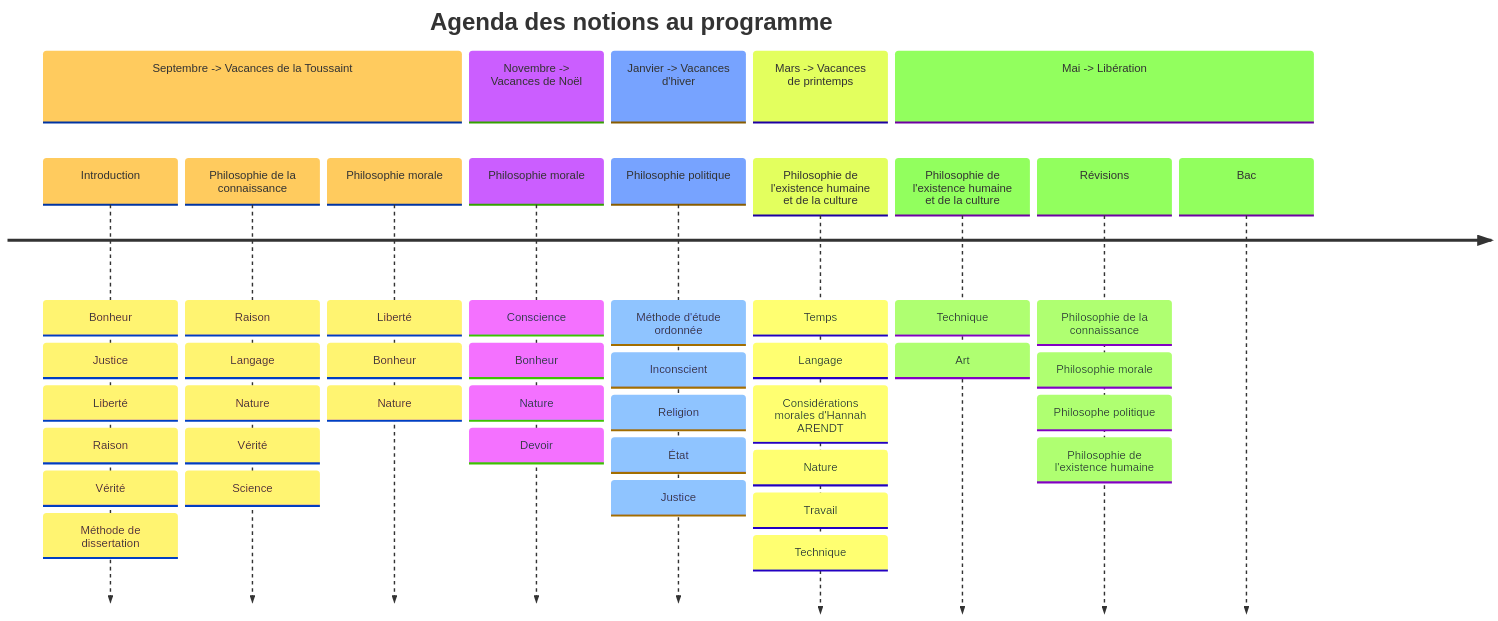
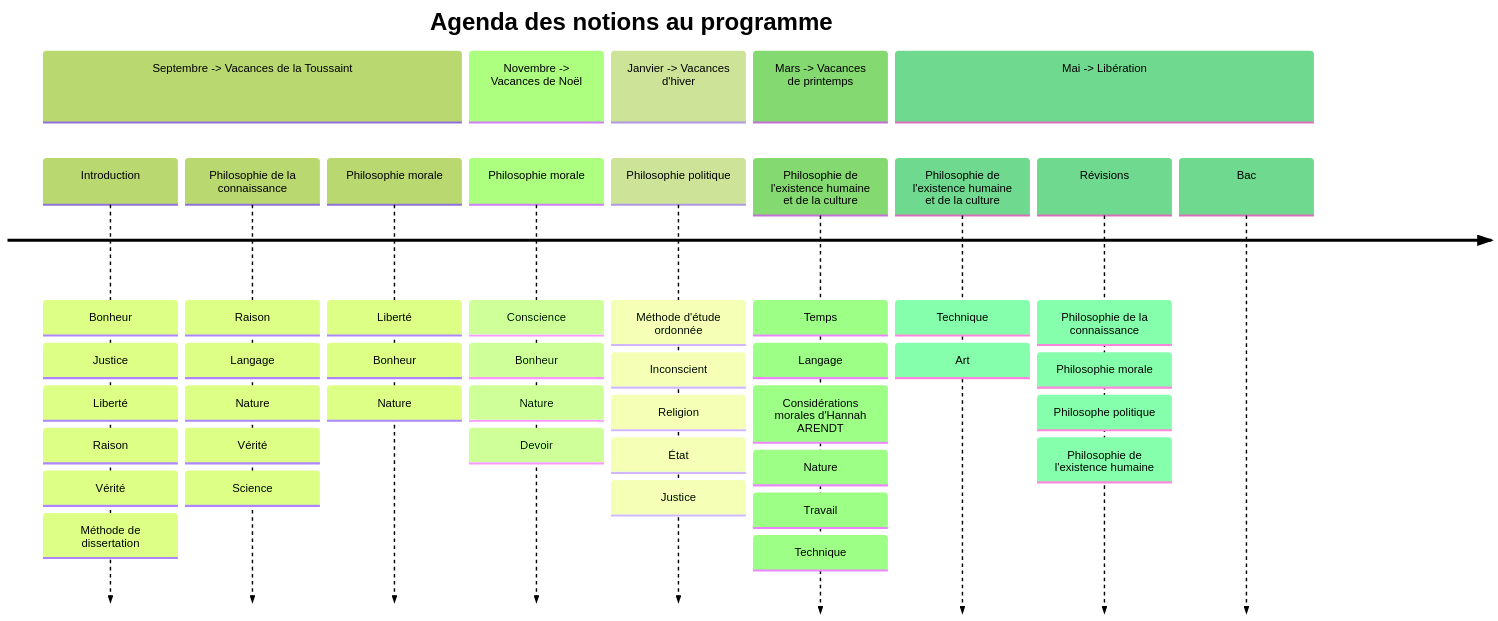
Before and after one commit to IpadDilectio/Mairmaid: the diagram in AgendaNotions.mmd, drawn with Mermaid. The commit also changed 3 other files, not shown here.

```diff
--- a/AgendaNotions.mmd
+++ b/AgendaNotions.mmd
@@ -1,22 +1,22 @@
 ---
 config:
-  theme: base
+  theme: forest
   themeVariables:
     fontFamily: verdana
 ---
 timeline
     title Agenda des notions au programme
     section Septembre -> Vacances de la Toussaint
         Introduction : Bonheur : Justice : Liberté : Raison : Vérité : Méthode de dissertation
         Philosophie de la connaissance : Raison : Langage : Nature : Vérité : Science
         Philosophie morale : Liberté : Bonheur : Nature
     section Novembre -> Vacances de Noël
         Philosophie morale : Conscience : Bonheur : Nature : Devoir
     section Janvier -> Vacances d'hiver
         Philosophie politique : Méthode d'étude ordonnée : Inconscient : Religion : État : Justice 
     section Mars -> Vacances de printemps
         Philosophie de l'existence humaine et de la culture : Temps : Langage : Considérations morales d'Hannah ARENDT : Nature : Travail : Technique
     section Mai -> Libération
         Philosophie de l'existence humaine et de la culture : Technique : Art
         Révisions : Philosophie de la connaissance : Philosophie morale : Philosophe politique : Philosophie de l'existence humaine
         Bac
```
